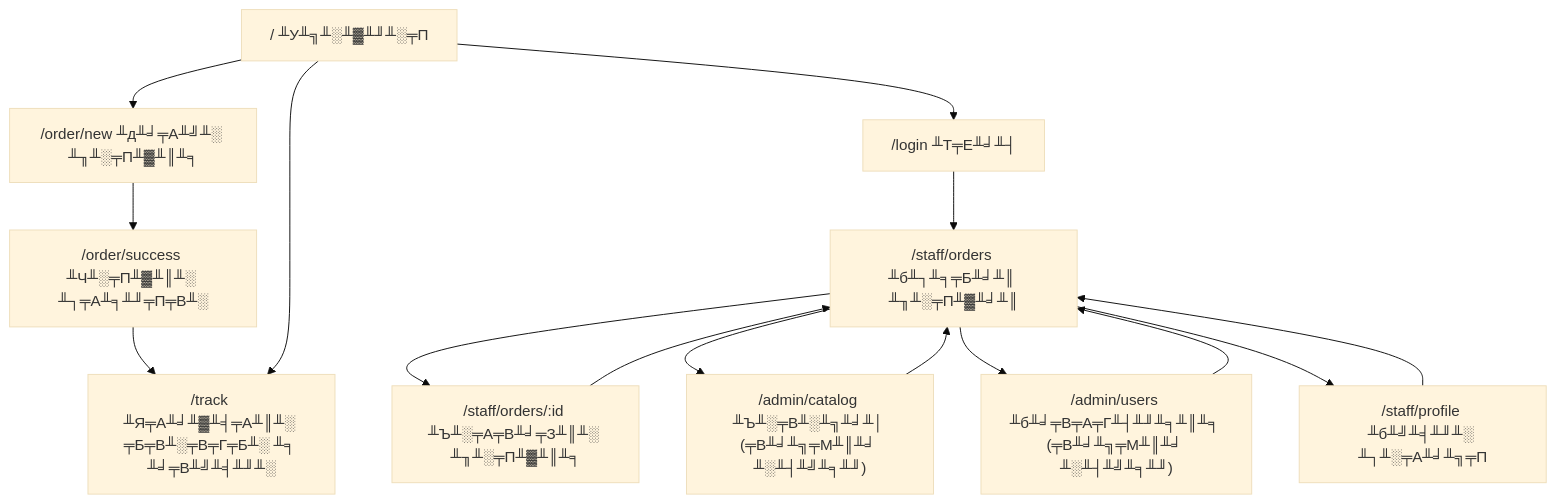
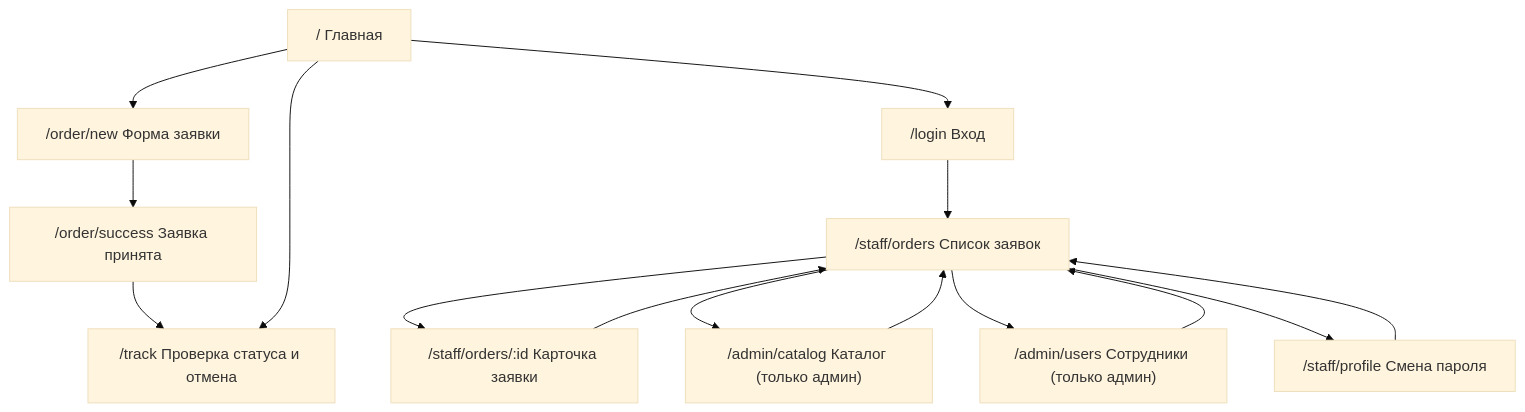
The second of 2 diagrams in docs/architecture.md (hudajbergenovafaiza-sketch/uniform-orders), drawn with Mermaid (base theme) before and after one commit. The commit also changed other lines of this file, not shown here.

Commit message:
Исправлена кодировка architecture.md через Node.js UTF-8

````diff
--- a/docs/architecture.md
+++ b/docs/architecture.md
@@ -679,28 +679,28 @@
 ```mermaid
 flowchart TD
-    Home["/ ╨У╨╗╨░╨▓╨╜╨░╤П"]
-    NewOrder["/order/new ╨д╨╛╤А╨╝╨░ ╨╖╨░╤П╨▓╨║╨╕"]
-    Success["/order/success ╨Ч╨░╤П╨▓╨║╨░ ╨┐╤А╨╕╨╜╤П╤В╨░"]
-    Track["/track ╨Я╤А╨╛╨▓╨╡╤А╨║╨░ ╤Б╤В╨░╤В╤Г╤Б╨░ ╨╕ ╨╛╤В╨╝╨╡╨╜╨░"]
-    Login["/login ╨Т╤Е╨╛╨┤"]
-    List["/staff/orders ╨б╨┐╨╕╤Б╨╛╨║ ╨╖╨░╤П╨▓╨╛╨║"]
-    Card["/staff/orders/:id ╨Ъ╨░╤А╤В╨╛╤З╨║╨░ ╨╖╨░╤П╨▓╨║╨╕"]
-    Catalog["/admin/catalog ╨Ъ╨░╤В╨░╨╗╨╛╨│ (╤В╨╛╨╗╤М╨║╨╛ ╨░╨┤╨╝╨╕╨╜)"]
-    Users["/admin/users ╨б╨╛╤В╤А╤Г╨┤╨╜╨╕╨║╨╕ (╤В╨╛╨╗╤М╨║╨╛ ╨░╨┤╨╝╨╕╨╜)"]
-    Profile["/staff/profile ╨б╨╝╨╡╨╜╨░ ╨┐╨░╤А╨╛╨╗╤П"]
+    Home["/ Главная"]
+    NewOrder["/order/new Форма заявки"]
+    Success["/order/success Заявка принята"]
+    Track["/track Проверка статуса и отмена"]
+    Login["/login Вход"]
+    List["/staff/orders Список заявок"]
+    Card["/staff/orders/:id Карточка заявки"]
+    Catalog["/admin/catalog Каталог (только админ)"]
+    Users["/admin/users Сотрудники (только админ)"]
+    Profile["/staff/profile Смена пароля"]
 
     Home --> NewOrder
     NewOrder --> Success
     Success --> Track
     Home --> Track
     Home --> Login
     Login --> List
     List --> Card
     Card --> List
     List --> Catalog
     List --> Users
     Catalog --> List
     Users --> List
     List --> Profile
     Profile --> List
 ```
````
